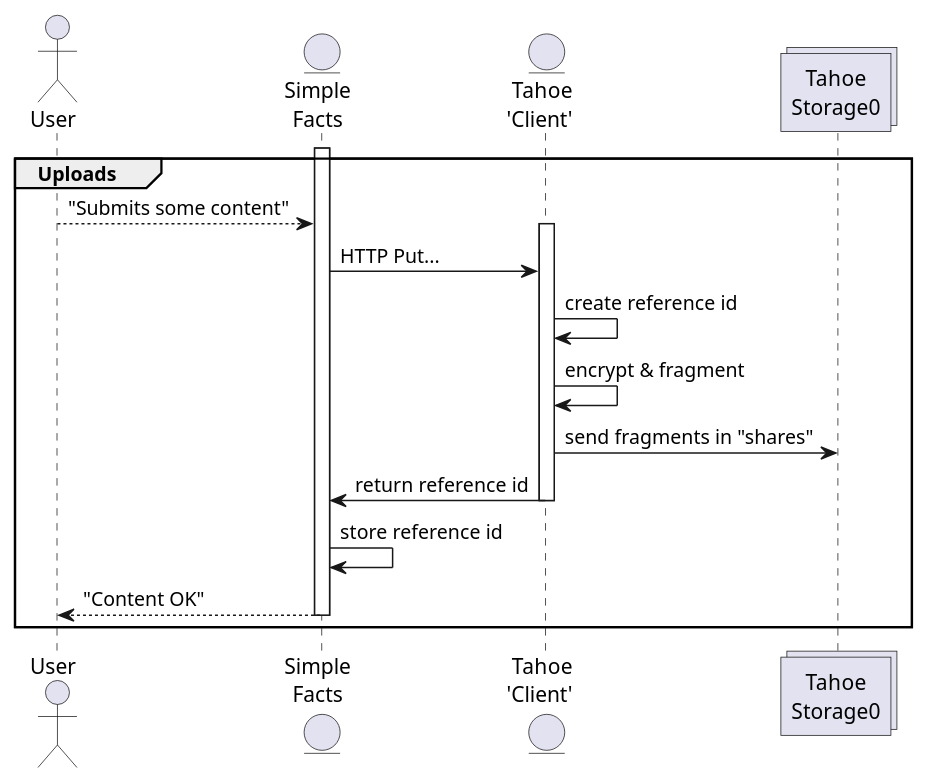
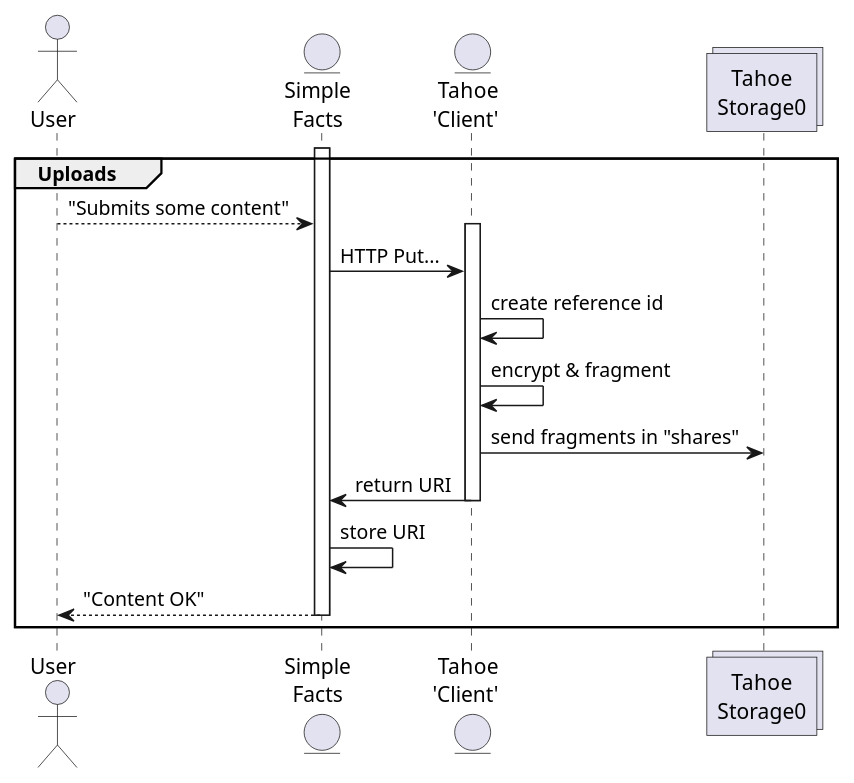
Before and after one commit to blaisep/private_facts: the diagram in docs/source/upload_content.puml, drawn with PlantUML. The commit also changed 1 other file, not shown here.

Commit message:
Fix upload diagram
Inspired by Fred Cox https://github.com/sailorfred/python-meetup-2024-07-23

```diff
--- a/docs/source/upload_content.puml
+++ b/docs/source/upload_content.puml
@@ -1,24 +1,24 @@
 @startuml
 skinparam Shadowing false
 
 actor "User" as user
 entity "Simple\nFacts" as app
 entity "Tahoe\n'Client' " as tahoe
 Collections "Tahoe\nStorage0" as disk
 
 group Uploads
 activate app
 user --> app : "Submits some content"
     activate tahoe
     app -> tahoe : HTTP Put...
     tahoe -> tahoe : create reference id
     tahoe -> tahoe : encrypt & fragment
     tahoe ->  disk : send fragments in "shares"
-    tahoe -> app : return reference id
+    tahoe -> app : return URI
     deactivate tahoe
-app -> app : store reference id
+app -> app : store URI
 app --> user : "Content OK"
 deactivate app
 
 end
 @enduml
```
